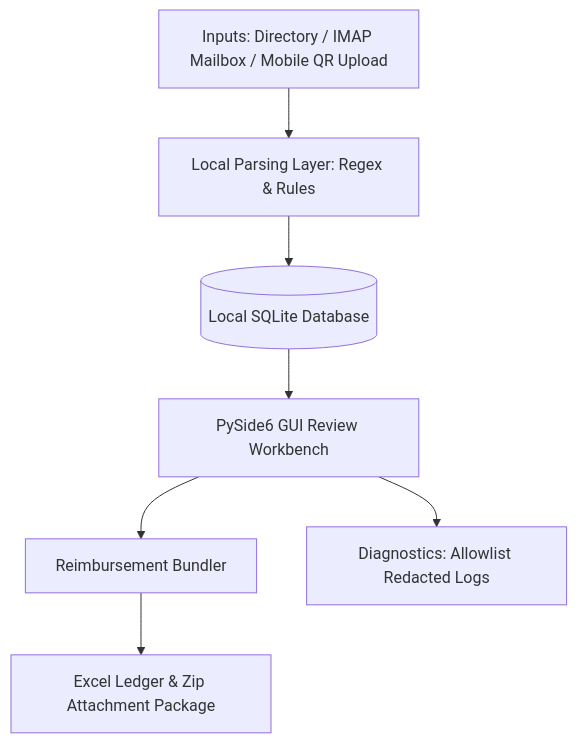
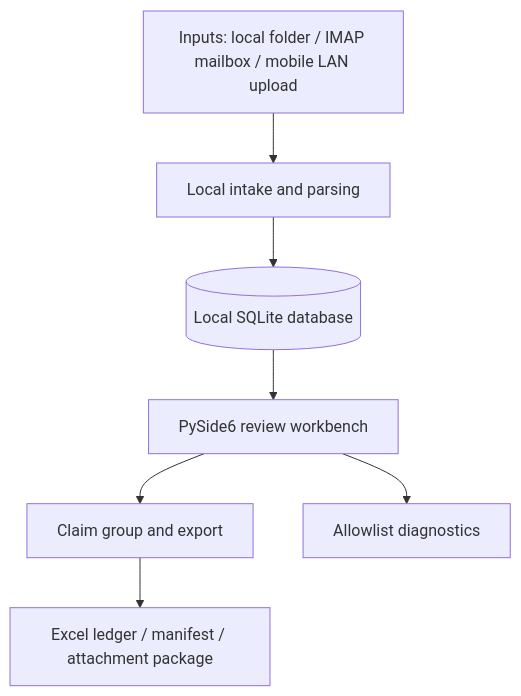
Before and after one commit to if16888/invoice-hub: the diagram in docs/architecture.md, drawn with Mermaid. The commit also changed other lines of this file, not shown here.

Commit message:
docs: simplify architecture map for contributors

````diff
--- a/docs/architecture.md
+++ b/docs/architecture.md
@@ -13,9 +9,9 @@
 ```mermaid
 graph TD
-    A[Inputs: Directory / IMAP Mailbox / Mobile QR Upload] --> B[Local Parsing Layer: Regex & Rules]
-    B --> C[(Local SQLite Database)]
-    C --> D[PySide6 GUI Review Workbench]
-    D --> E[Reimbursement Bundler]
-    E --> F[Excel Ledger & Zip Attachment Package]
-    D --> G[Diagnostics: Allowlist Redacted Logs]
+    A[Inputs: local folder / IMAP mailbox / mobile LAN upload] --> B[Local intake and parsing]
+    B --> C[(Local SQLite database)]
+    C --> D[PySide6 review workbench]
+    D --> E[Claim group and export]
+    E --> F[Excel ledger / manifest / attachment package]
+    D --> G[Allowlist diagnostics]
 ```
````
